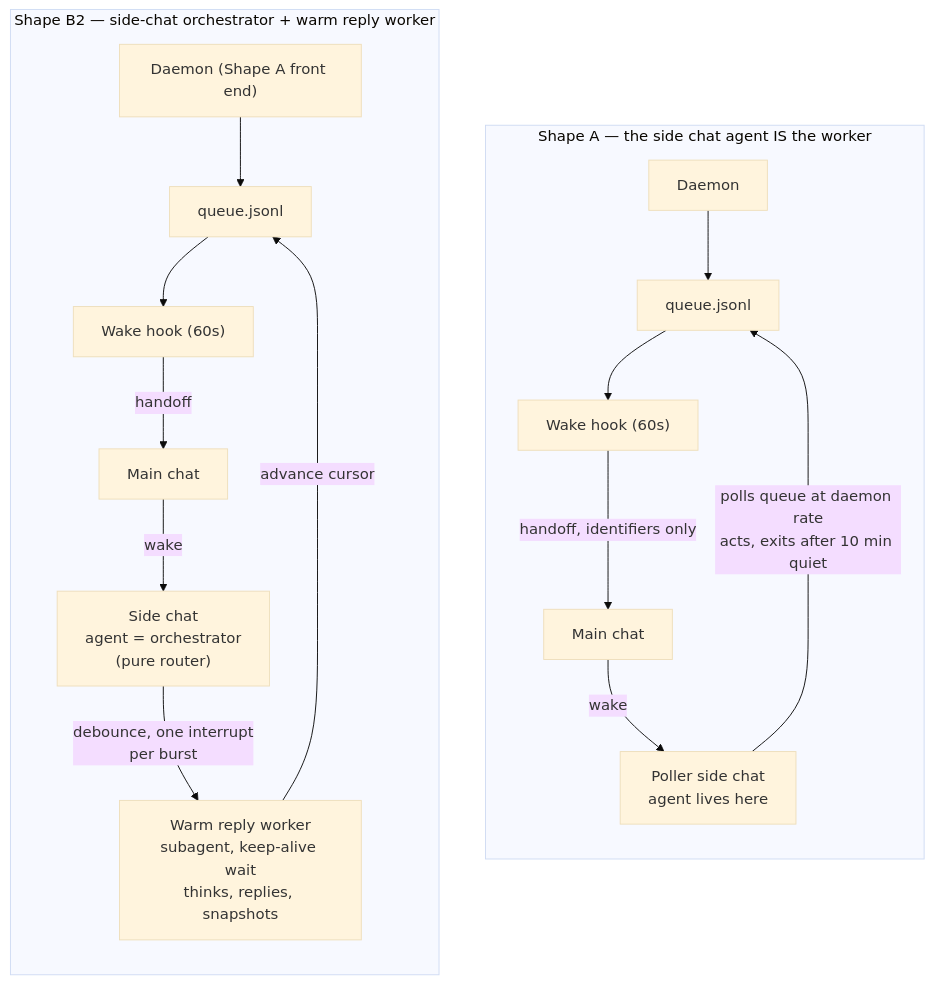
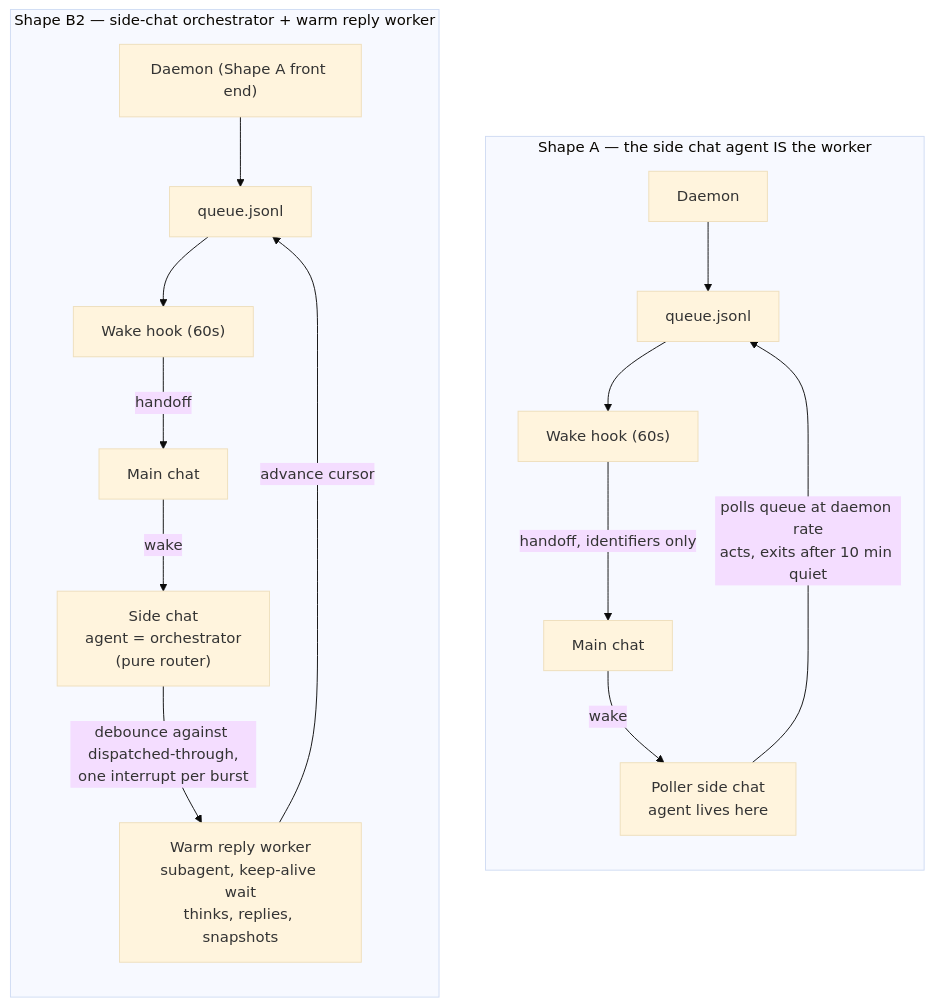
Before and after one commit to jvall0228/muse-poller-sdk: the third of 10 diagrams in README.md, drawn with Mermaid (base theme). The commit also changed other lines of this file and 7 other files, not shown here.

First line of the commit message:
1.4.0: fix B2 review findings (worker-owned cursor, debounce, stop, keep-alive)

````diff
--- a/README.md
+++ b/README.md
@@ -78,20 +78,20 @@
 ```mermaid
 flowchart TB
     subgraph A_SHAPE["Shape A — the side chat agent IS the worker"]
         direction TB
         D1["Daemon"] --> Q1["queue.jsonl"]
         Q1 --> H1["Wake hook (60s)"]
         H1 -->|"handoff, identifiers only"| M1["Main chat"]
         M1 -->|"wake"| C1["Poller side chat<br/>agent lives here"]
         C1 -->|"polls queue at daemon rate<br/>acts, exits after 10 min quiet"| Q1
     end
     subgraph B_SHAPE["Shape B2 — side-chat orchestrator + warm reply worker"]
         direction TB
         D2["Daemon (Shape A front end)"] --> Q2["queue.jsonl"]
         Q2 --> H2["Wake hook (60s)"]
         H2 -->|"handoff"| M2["Main chat"]
         M2 -->|"wake"| C2["Side chat<br/>agent = orchestrator<br/>(pure router)"]
-        C2 -->|"debounce, one interrupt<br/>per burst"| W2["Warm reply worker<br/>subagent, keep-alive wait<br/>thinks, replies, snapshots"]
+        C2 -->|"debounce against dispatched-through,<br/>one interrupt per burst"| W2["Warm reply worker<br/>subagent, keep-alive wait<br/>thinks, replies, snapshots"]
         W2 -->|"advance cursor"| Q2
     end
 ```
````
